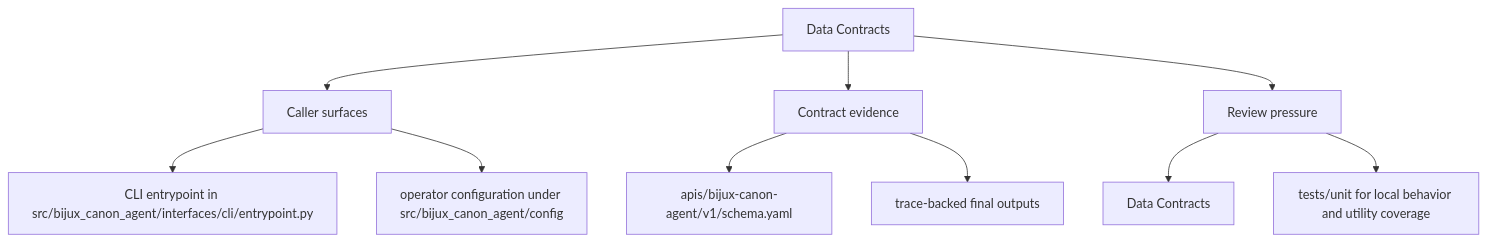
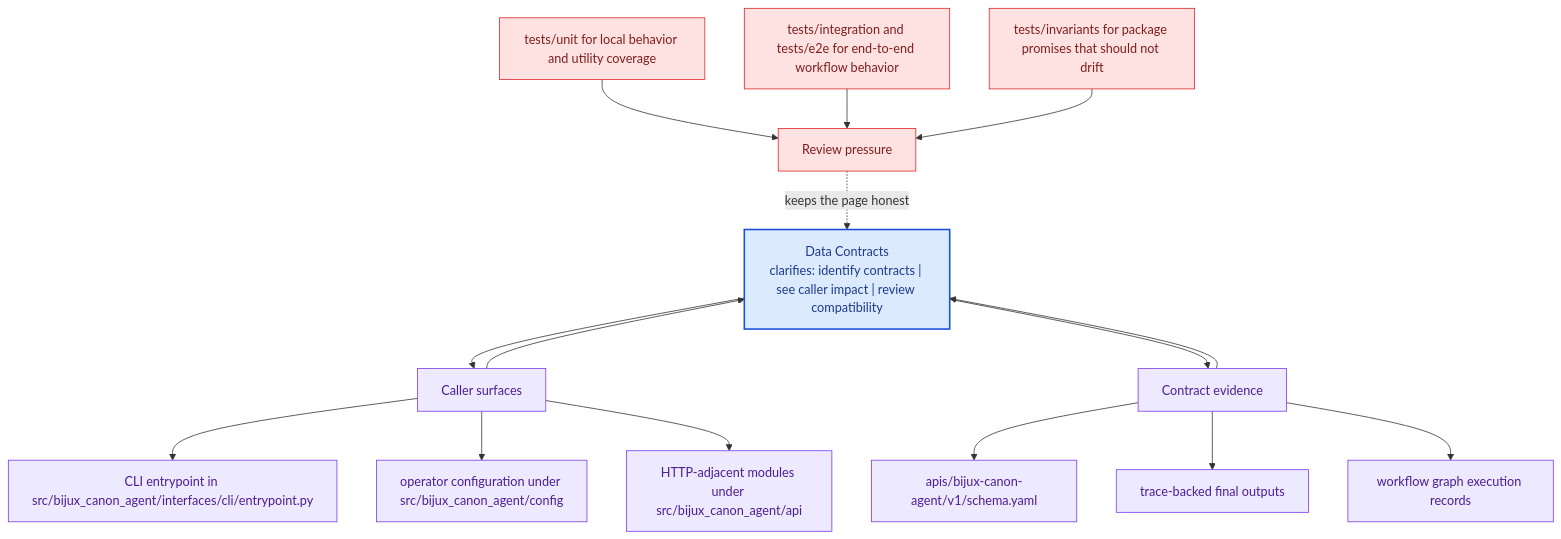
The second of 2 diagrams in docs/bijux-canon-agent/interfaces/data-contracts.md (bijux/bijux-canon), drawn with Mermaid before and after one commit. The commit also changed other lines of this file and 281 other files, not shown here.

Commit message:
docs(diagrams): deepen handbook mermaid maps across the catalog

````diff
--- a/docs/bijux-canon-agent/interfaces/data-contracts.md
+++ b/docs/bijux-canon-agent/interfaces/data-contracts.md
@@ -35,22 +68,41 @@
 ```mermaid
-flowchart TD
-    page["Data Contracts"]
+flowchart TB
+    promise["Data Contracts<br/>clarifies: identify contracts | see caller impact | review compatibility"]
+    classDef promise fill:#dbeafe,stroke:#1d4ed8,color:#1e3a8a,stroke-width:2px;
+    classDef driver fill:#dcfce7,stroke:#16a34a,color:#14532d;
+    classDef constraint fill:#fee2e2,stroke:#dc2626,color:#7f1d1d;
+    classDef ground fill:#ede9fe,stroke:#7c3aed,color:#4c1d95;
     focus1["Caller surfaces"]
-    page --> focus1
+    focus1 --> promise
+    promise --> focus1
     focus1_1["CLI entrypoint in src/bijux_canon_agent/interfaces/cli/entrypoint.py"]
     focus1 --> focus1_1
     focus1_2["operator configuration under src/bijux_canon_agent/config"]
     focus1 --> focus1_2
+    focus1_3["HTTP-adjacent modules under src/bijux_canon_agent/api"]
+    focus1 --> focus1_3
+    class focus1 ground;
+    class focus1_1,focus1_2,focus1_3 ground;
     focus2["Contract evidence"]
-    page --> focus2
+    focus2 --> promise
+    promise --> focus2
     focus2_1["apis/bijux-canon-agent/v1/schema.yaml"]
     focus2 --> focus2_1
     focus2_2["trace-backed final outputs"]
     focus2 --> focus2_2
+    focus2_3["workflow graph execution records"]
+    focus2 --> focus2_3
+    class focus2 ground;
+    class focus2_1,focus2_2,focus2_3 ground;
     focus3["Review pressure"]
-    page --> focus3
-    focus3_1["Data Contracts"]
-    focus3 --> focus3_1
-    focus3_2["tests/unit for local behavior and utility coverage"]
-    focus3 --> focus3_2
+    focus3 -.keeps the page honest.-> promise
+    focus3_1["tests/unit for local behavior and utility coverage"]
+    focus3_1 --> focus3
+    focus3_2["tests/integration and tests/e2e for end-to-end workflow behavior"]
+    focus3_2 --> focus3
+    focus3_3["tests/invariants for package promises that should not drift"]
+    focus3_3 --> focus3
+    class focus3 constraint;
+    class focus3_1,focus3_2,focus3_3 constraint;
+    class promise promise;
 ```
````
